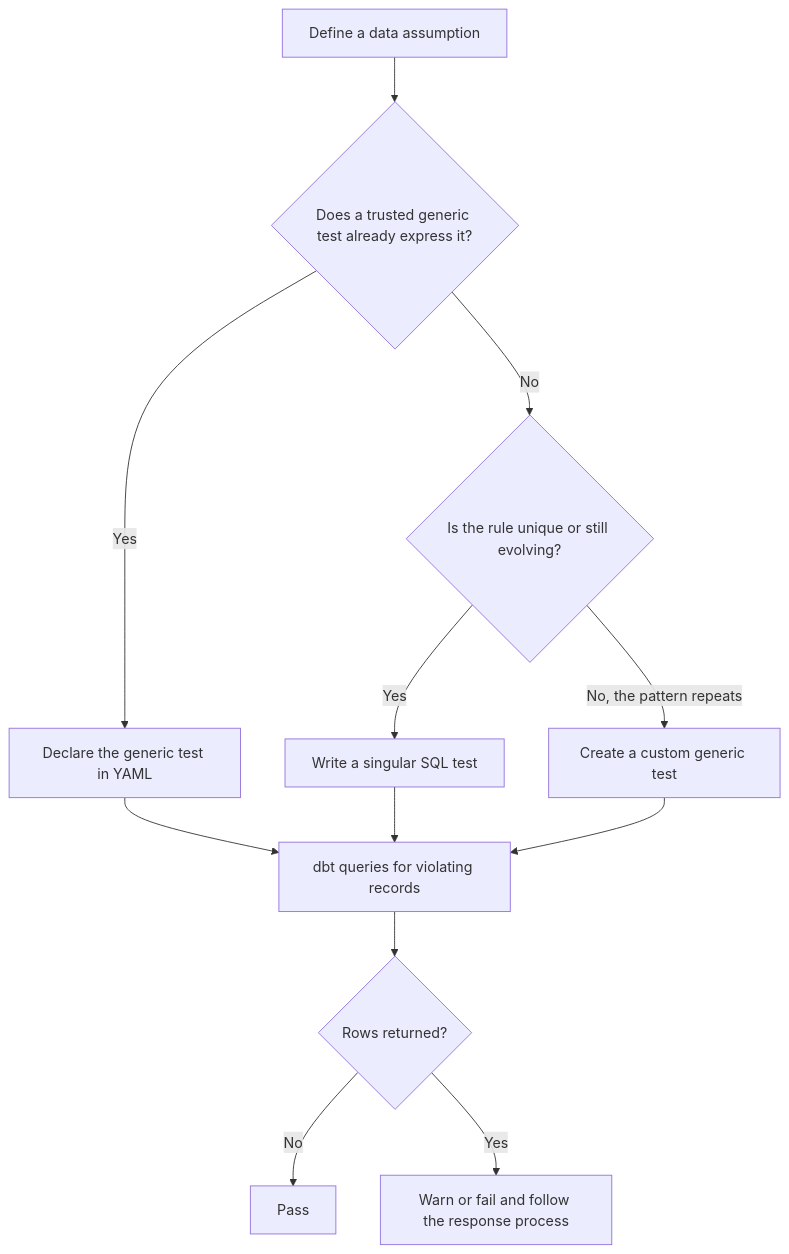
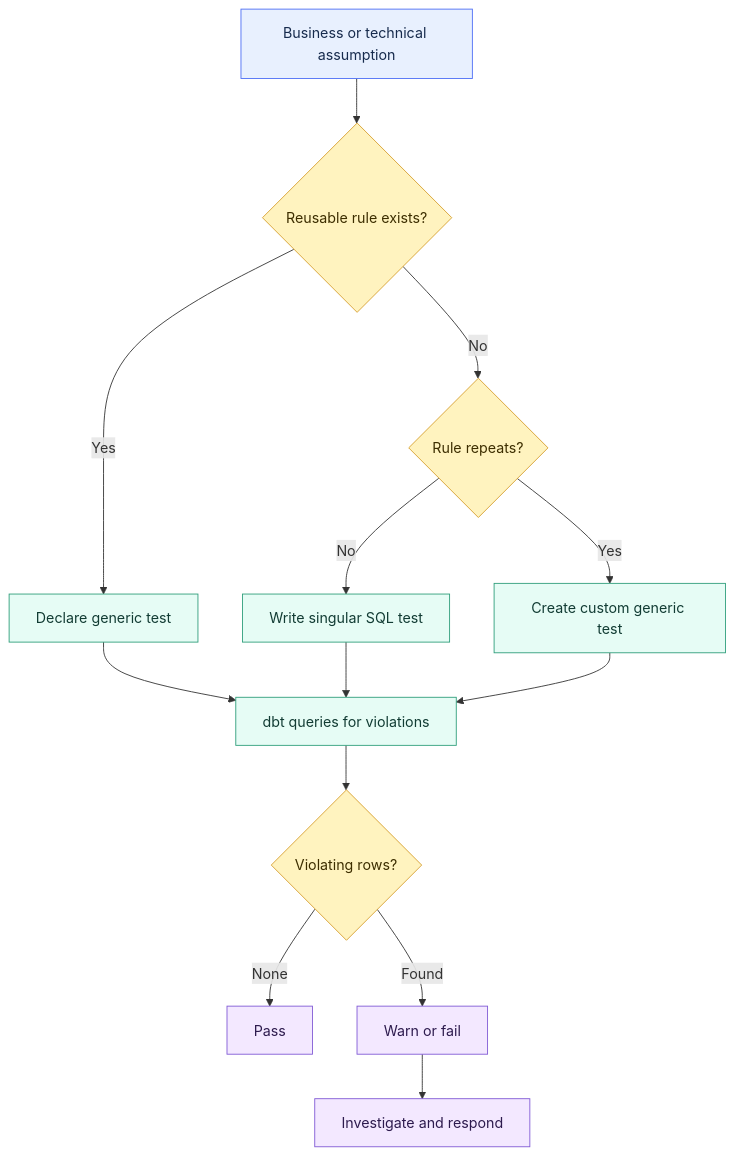
Before and after one commit to shonningsoy/Upskill: the diagram in 02 dbt/03 Testing Documentation and Data Quality/21 Generic Singular and Custom Data Tests.md, drawn with Mermaid. The commit also changed other lines of this file and 31 other files, not shown here.

````diff
--- a/02 dbt/03 Testing Documentation and Data Quality/21 Generic Singular and Custom Data Tests.md
+++ b/02 dbt/03 Testing Documentation and Data Quality/21 Generic Singular and Custom Data Tests.md
@@ -68,14 +69,25 @@
 ```mermaid
 flowchart TD
-    A[Define a data assumption] --> B{Does a trusted generic test already express it?}
-    B -->|Yes| C[Declare the generic test in YAML]
-    B -->|No| D{Is the rule unique or still evolving?}
-    D -->|Yes| E[Write a singular SQL test]
-    D -->|No, the pattern repeats| F[Create a custom generic test]
-    C --> G[dbt queries for violating records]
+    A[Business or technical assumption] --> B{Reusable rule exists?}
+    B -->|Yes| C[Declare generic test]
+    B -->|No| D{Rule repeats?}
+    D -->|No| E[Write singular SQL test]
+    D -->|Yes| F[Create custom generic test]
+    C --> G[dbt queries for violations]
     E --> G
     F --> G
-    G --> H{Rows returned?}
-    H -->|No| I[Pass]
-    H -->|Yes| J[Warn or fail and follow the response process]
+    G --> H{Violating rows?}
+    H -->|None| I[Pass]
+    H -->|Found| J[Warn or fail]
+    J --> K[Investigate and respond]
+
+    class A input
+    class B,D,H control
+    class C,E,F,G dbt
+    class I,J,K output
+    classDef input fill:#E8F0FE,stroke:#4C6EF5,color:#172B4D
+    classDef control fill:#FFF3BF,stroke:#D69E2E,color:#3D2E00
+    classDef dbt fill:#E6FCF5,stroke:#2F9E7B,color:#123C34
+    classDef platform fill:#F1F3F5,stroke:#868E96,color:#212529
+    classDef output fill:#F3E8FF,stroke:#805AD5,color:#2D1B4E
 ```
````
